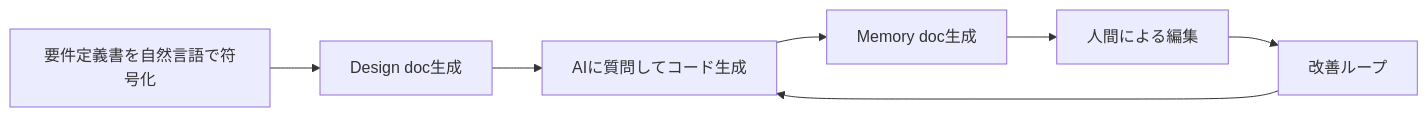
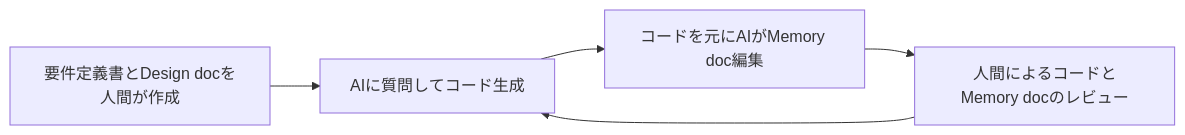
The diagram in articles/agile-spec-driven-development.md (hidao80/zenn-articles), drawn with Mermaid before and after one commit. The commit also changed other lines of this file, not shown here.

````diff
--- a/articles/agile-spec-driven-development.md
+++ b/articles/agile-spec-driven-development.md
@@ -49,9 +49,8 @@
 ```mermaid
 flowchart LR
-    A[要件定義書を自然言語で符号化] --> B[Design doc生成]
-    B --> C[AIに質問してコード生成]
-    C --> D[Memory doc生成]
-    D --> E[人間による編集]
-    E --> F[改善ループ]
-    F --> C
+    A[要件定義書とDesign docを人間が作成]
+    A --> C[AIに質問してコード生成]
+    C --> D[コードを元にAIがMemory doc編集]
+    D --> E[人間によるコードとMemory docのレビュー]
+    E --> C
 ```
````
